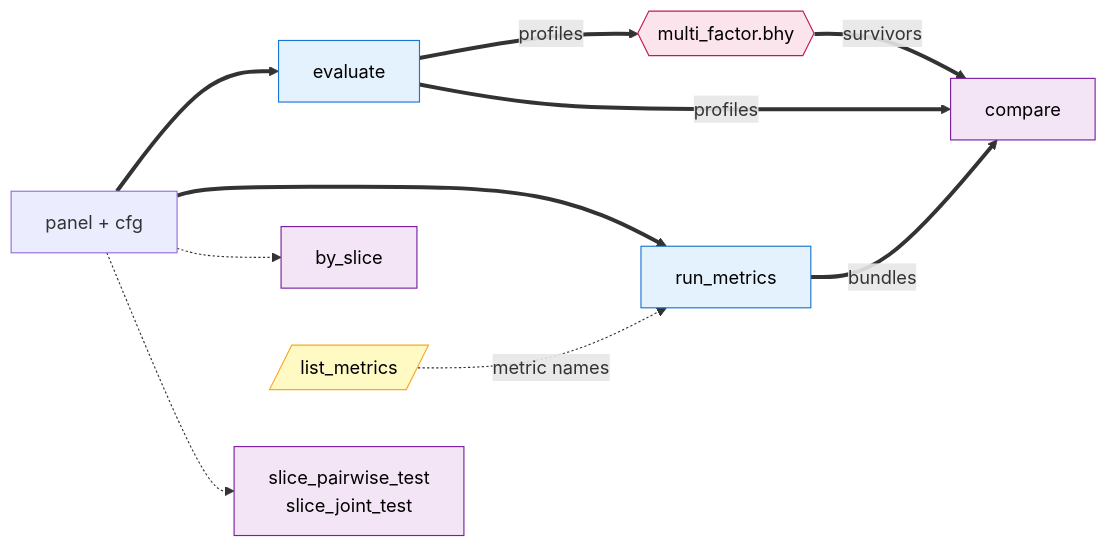
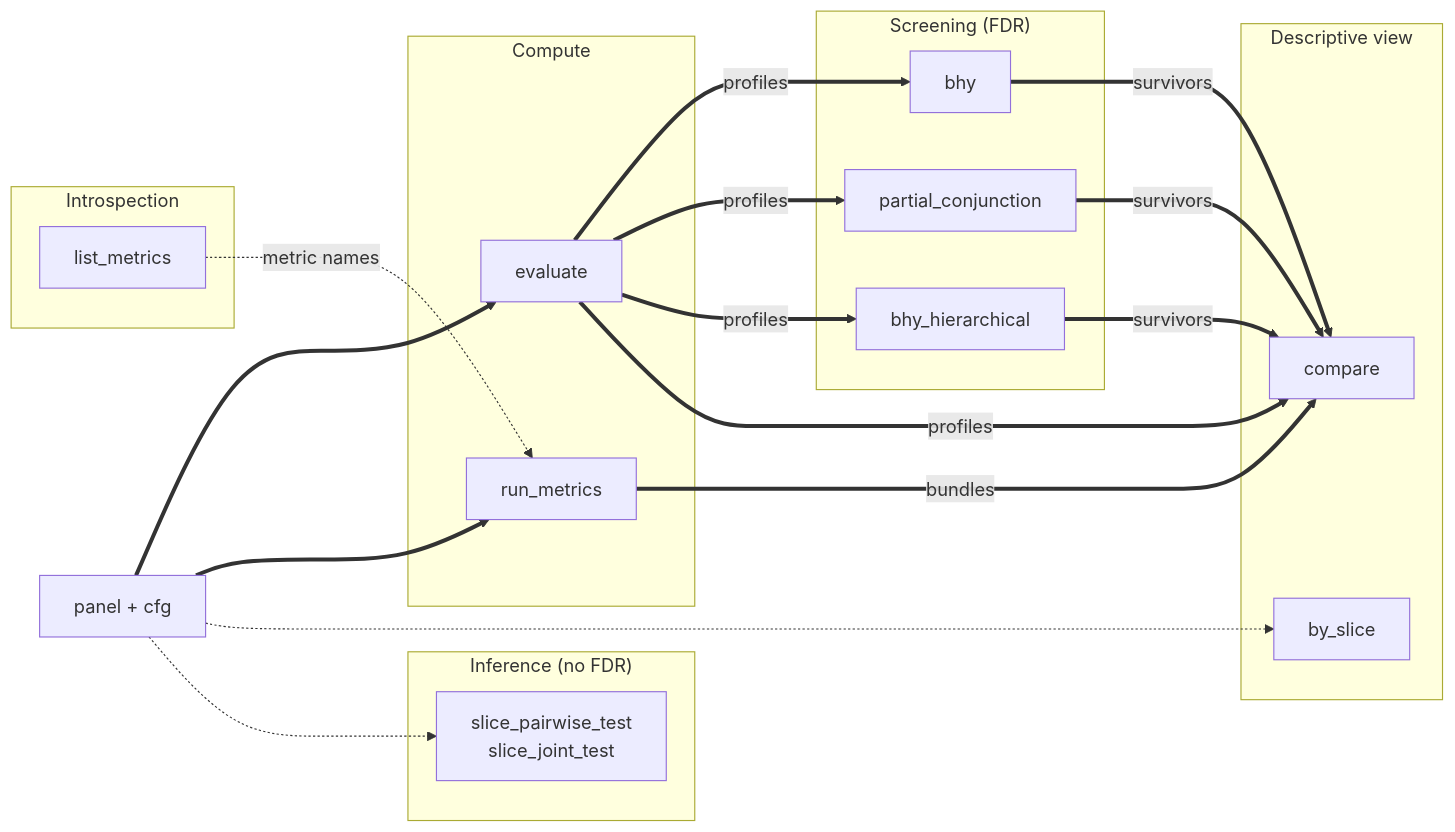
One commit to awwesomeman/factrix changed the diagram in docs/api/index.md. Above: the diagram before and after it, drawn with Mermaid. The commit also changed other lines of this file and 10 other files, not shown here.

First line of the commit message:
docs: mkdocs UX overhaul — surface taxonomy, schema hub, decision tree (#164) (#266)

````diff
--- a/docs/api/index.md
+++ b/docs/api/index.md
@@ -7,38 +7,52 @@
 ```mermaid
 flowchart LR
     P[panel + cfg]
-    EV[evaluate]
-    RM[run_metrics]
-    BS[by_slice]
-    ST["slice_pairwise_test<br/>slice_joint_test"]
-    BHY{{multi_factor.bhy}}
-    LM[/list_metrics/]
-    CMP[compare]
+
+    subgraph Compute
+        EV[evaluate]
+        RM[run_metrics]
+    end
+
+    subgraph Screening["Screening (FDR)"]
+        BHY[bhy]
+        PC[partial_conjunction]
+        BHYH[bhy_hierarchical]
+    end
+
+    subgraph Inference["Inference (no FDR)"]
+        ST["slice_pairwise_test<br/>slice_joint_test"]
+    end
+
+    subgraph View["Descriptive view"]
+        BS[by_slice]
+        CMP[compare]
+    end
+
+    subgraph Introspection
+        LM[list_metrics]
+    end
 
     P ==> EV
     P ==> RM
     P -.-> BS
     P -.-> ST
     EV ==>|profiles| BHY
+    EV ==>|profiles| PC
+    EV ==>|profiles| BHYH
     EV ==>|profiles| CMP
     RM ==>|bundles| CMP
     BHY ==>|survivors| CMP
+    PC ==>|survivors| CMP
+    BHYH ==>|survivors| CMP
     LM -.->|metric names| RM
-
-    classDef compute fill:#e3f2fd,stroke:#1976d2,color:#000
-    classDef decision fill:#fce4ec,stroke:#c2185b,color:#000
-    classDef view fill:#f3e5f5,stroke:#7b1fa2,color:#000
-    classDef introspect fill:#fff9c4,stroke:#f9a825,color:#000
-    class EV,RM compute
-    class BHY decision
-    class BS,ST,CMP view
-    class LM introspect
 
     click EV "evaluate/" "evaluate API"
     click RM "run-metrics/" "run_metrics API"
     click BS "by-slice/" "by_slice API"
     click ST "slice-test/" "slice_pairwise_test / slice_joint_test API"
-    click BHY "multi-factor/" "multi_factor.bhy API"
+    click BHY "multi-factor/" "bhy API"
+    click PC "partial-conjunction/" "partial_conjunction API"
+    click BHYH "bhy-hierarchical/" "bhy_hierarchical API"
     click LM "list-metrics/" "list_metrics API"
     click CMP "compare/" "compare API"
 ```
````
